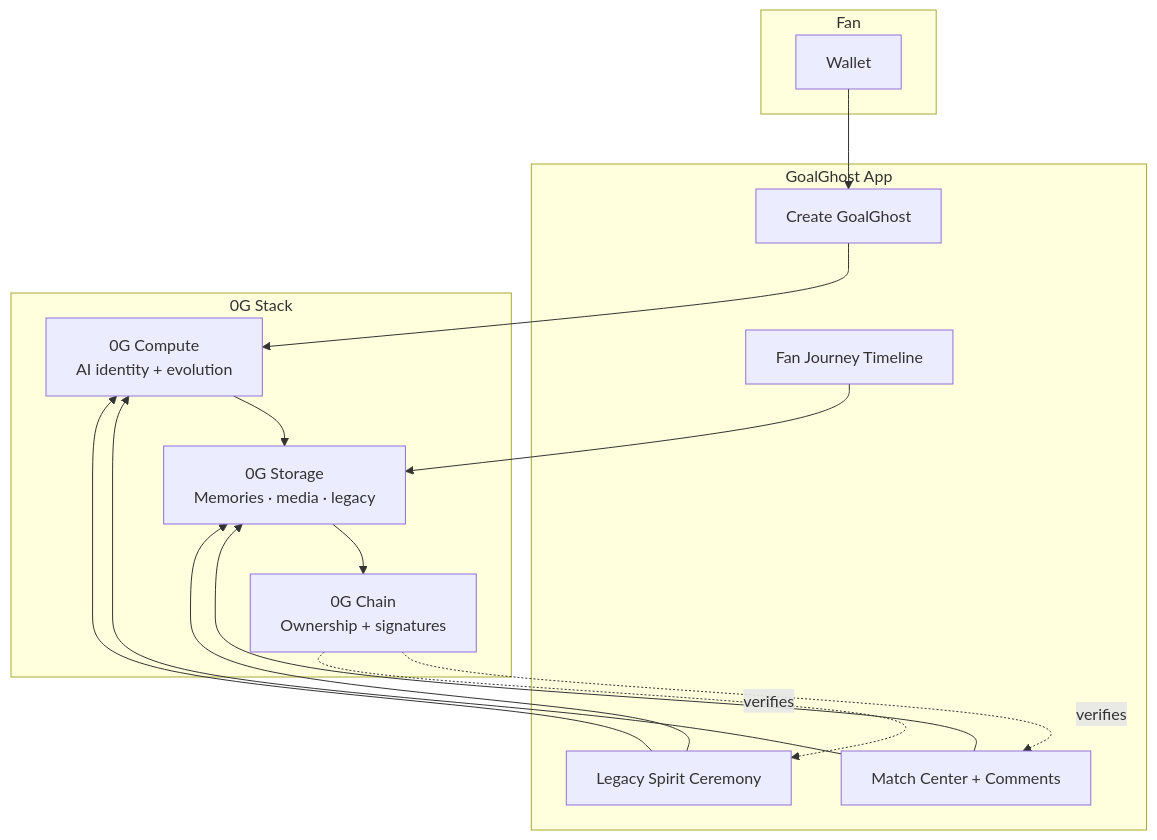
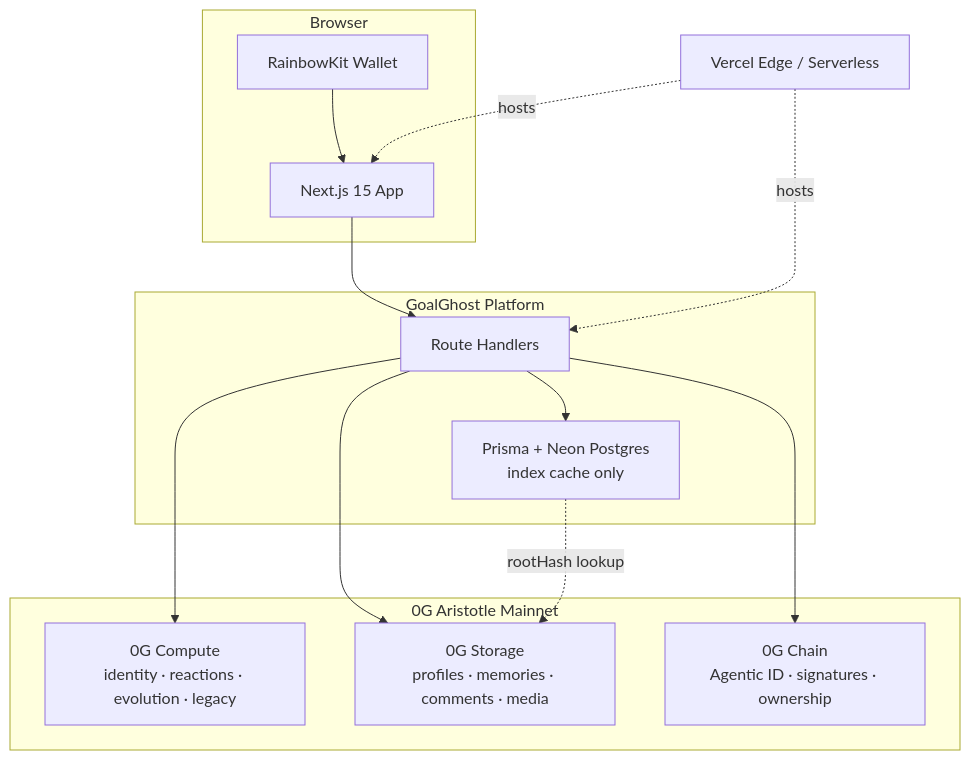
The diagram in README.md (ScavenGem/GoalGhost), drawn with Mermaid before and after one commit. The commit also changed other lines of this file and 7 other files, not shown here.

````diff
--- a/README.md
+++ b/README.md
@@ -126,31 +104,30 @@
 ```mermaid
 flowchart TB
-  subgraph User["Fan"]
-    W[Wallet]
+  subgraph Client["Browser"]
+    W[RainbowKit Wallet]
+    UI[Next.js 15 App]
   end
 
-  subgraph App["GoalGhost App"]
-    C[Create GoalGhost]
-    M[Match Center + Comments]
-    F[Fan Journey Timeline]
-    L[Legacy Spirit Ceremony]
+  subgraph Platform["GoalGhost Platform"]
+    API[Route Handlers]
+    IDX[Prisma + Neon Postgres<br/>index cache only]
   end
 
-  subgraph OG["0G Stack"]
-    COMP[0G Compute<br/>AI identity + evolution]
-    STORE[0G Storage<br/>Memories · media · legacy]
-    CHAIN[0G Chain<br/>Ownership + signatures]
+  subgraph OG["0G Aristotle Mainnet"]
+    COMP[0G Compute<br/>identity · reactions · evolution · legacy]
+    STORE[0G Storage<br/>profiles · memories · comments · media]
+    CHAIN[0G Chain<br/>Agentic ID · signatures · ownership]
   end
 
-  W --> C
-  C --> COMP
-  COMP --> STORE
-  STORE --> CHAIN
-  M --> COMP
-  M --> STORE
-  F --> STORE
-  L --> COMP
-  L --> STORE
-  CHAIN -. verifies .-> M
-  CHAIN -. verifies .-> L
+  DEPLOY[Vercel Edge / Serverless]
+
+  W --> UI
+  UI --> API
+  API --> COMP
+  API --> STORE
+  API --> CHAIN
+  API --> IDX
+  IDX -. rootHash lookup .-> STORE
+  DEPLOY -. hosts .-> UI
+  DEPLOY -. hosts .-> API
 ```
````
